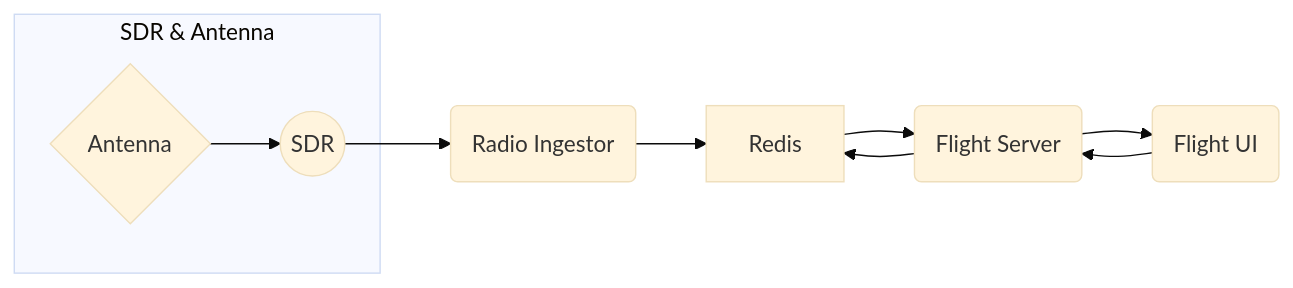
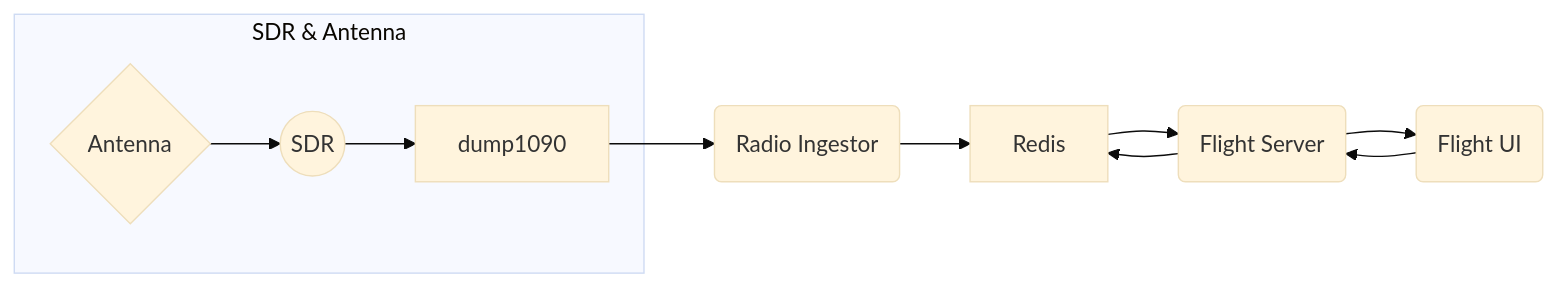
One commit to guyroyse/tracking-aircraft changed the diagram in README.md. Above: the diagram before and after it, drawn with Mermaid (base theme).

Commit message:
playing with mermaid some more

````diff
--- a/README.md
+++ b/README.md
@@ -157,12 +157,13 @@
 ```mermaid
 graph LR
   subgraph "SDR & Antenna"
-    A{Antenna} --> B((SDR))
+    ANT{Antenna} --> SDR((SDR))
+    SDR --> D[dump1090]
   end
-  B --> C("Radio Ingestor")
-  C --> D[Redis]
-  D --> E("Flight Server")
-  E --> D
-  E --> F("Flight UI")
-  F --> E
+  D --> RI("Radio Ingestor")
+  RI --> R[Redis]
+  R --> FS("Flight Server")
+  FS --> R
+  FS --> UI("Flight UI")
+  UI --> FS
 ```
````
